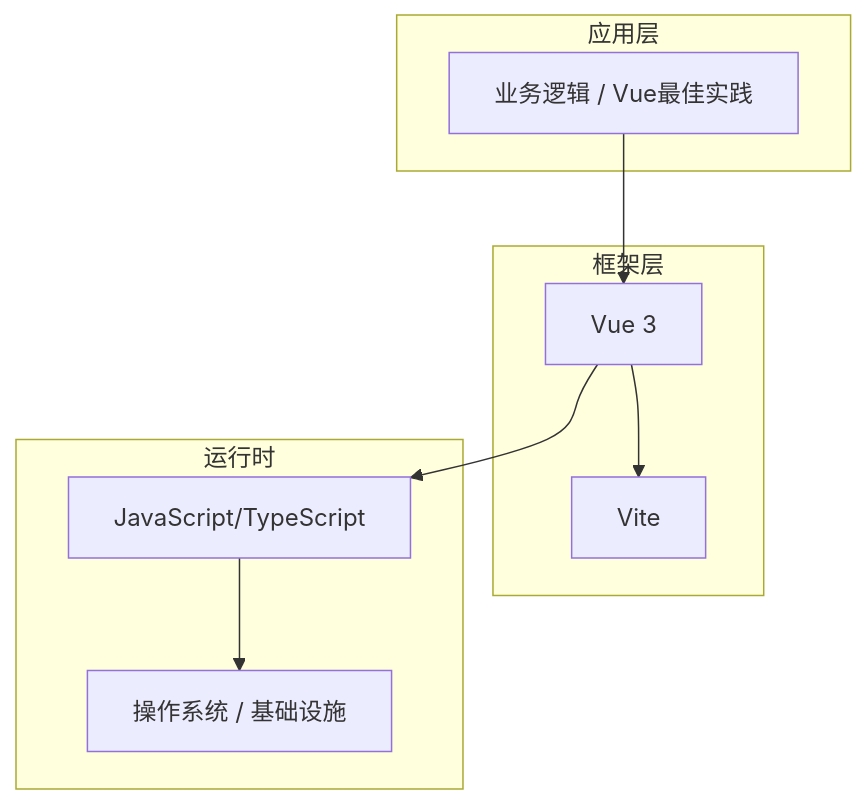
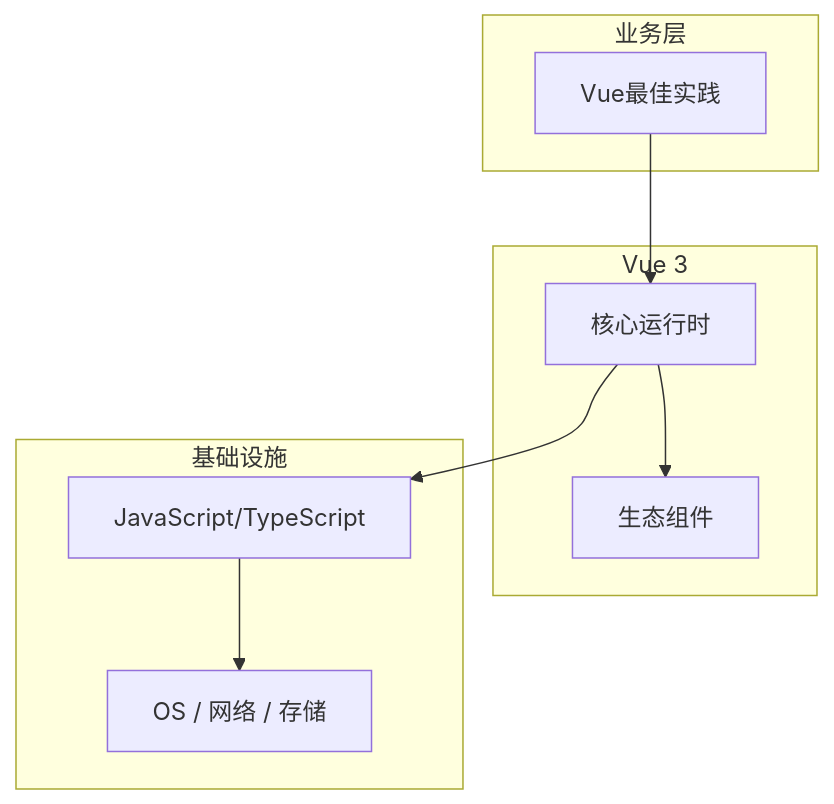
The diagram in articles/Vue/chapters/115-Vue最佳实践核心概念与原理.md (yanggan2015/knowledge-json-v2), drawn with Mermaid before and after one commit. The commit also changed other lines of this file and 10127 other files, not shown here.

````diff
--- a/articles/Vue/chapters/115-Vue最佳实践核心概念与原理.md
+++ b/articles/Vue/chapters/115-Vue最佳实践核心概念与原理.md
@@ -45,18 +34,18 @@
 ```mermaid
 graph TB
-    subgraph 应用层
-        A[业务逻辑 / Vue最佳实践]
+    subgraph 业务层
+        A[Vue最佳实践]
     end
-    subgraph 框架层
-        B[Vue 3]
-        C[Vite]
+    subgraph Vue 3
+        B[核心运行时]
+        C[生态组件]
     end
-    subgraph 运行时
+    subgraph 基础设施
         D[JavaScript/TypeScript]
-        E[操作系统 / 基础设施]
+        E[OS / 网络 / 存储]
     end
     A --> B
     B --> C
     B --> D
     D --> E
 ```
````
